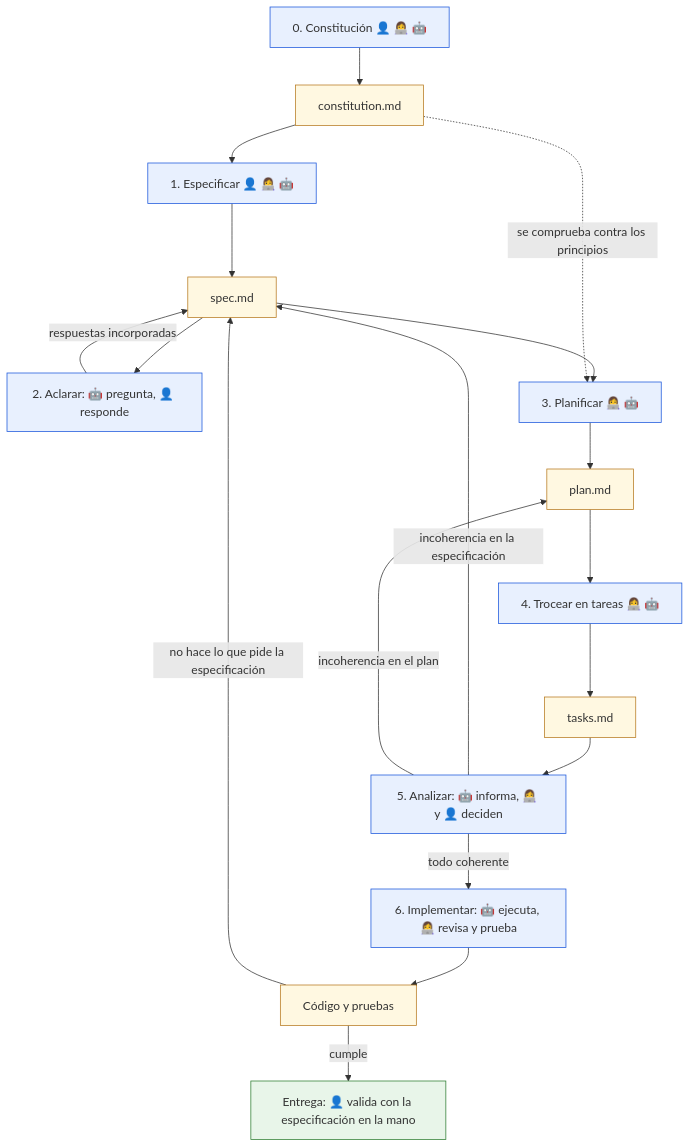
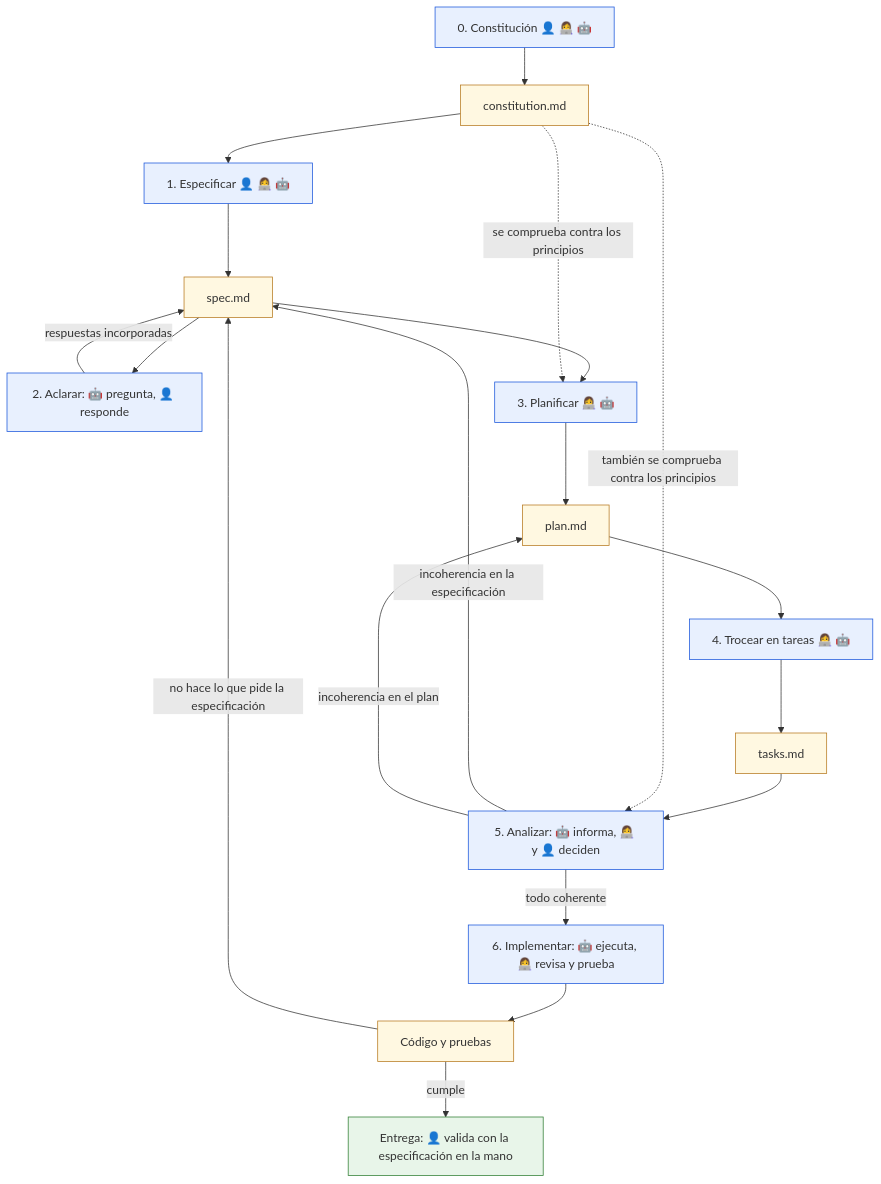
The first of 2 diagrams in diagramas/02-flujo-completo-sdd.md (antroc/charla-sdd), drawn with Mermaid before and after one commit. The commit also changed other lines of this file and 1 other file, not shown here.

First line of the commit message:
Corregir diagramas 01-02 y avances de revisión de la fase 2

````diff
--- a/diagramas/02-flujo-completo-sdd.md
+++ b/diagramas/02-flujo-completo-sdd.md
@@ -25,26 +25,27 @@
 ```mermaid
 flowchart TD
   p0["0. Constitución 👤 👩‍💻 🤖"] --> f0["constitution.md"]
   f0 --> p1["1. Especificar 👤 👩‍💻 🤖"]
   p1 --> f1["spec.md"]
   f1 --> p2["2. Aclarar: 🤖 pregunta, 👤 responde"]
   p2 -->|"respuestas incorporadas"| f1
   f1 --> p3["3. Planificar 👩‍💻 🤖"]
   f0 -.->|"se comprueba contra los principios"| p3
   p3 --> f3["plan.md"]
   f3 --> p4["4. Trocear en tareas 👩‍💻 🤖"]
   p4 --> f4["tasks.md"]
   f4 --> p5["5. Analizar: 🤖 informa, 👩‍💻 y 👤 deciden"]
+  f0 -.->|"también se comprueba contra los principios"| p5
   p5 -->|"incoherencia en la especificación"| f1
   p5 -->|"incoherencia en el plan"| f3
   p5 -->|"todo coherente"| p6["6. Implementar: 🤖 ejecuta, 👩‍💻 revisa y prueba"]
   p6 --> f6["Código y pruebas"]
   f6 -->|"no hace lo que pide la especificación"| f1
   f6 -->|"cumple"| fin["Entrega: 👤 valida con la especificación en la mano"]
   classDef paso fill:#E8F0FE,stroke:#1A56DB;
   classDef fichero fill:#FFF8E1,stroke:#B7791F;
   classDef meta fill:#E8F5E9,stroke:#2E7D32;
   class p0,p1,p2,p3,p4,p5,p6 paso;
   class f0,f1,f3,f4,f6 fichero;
   class fin meta;
 ```
````
